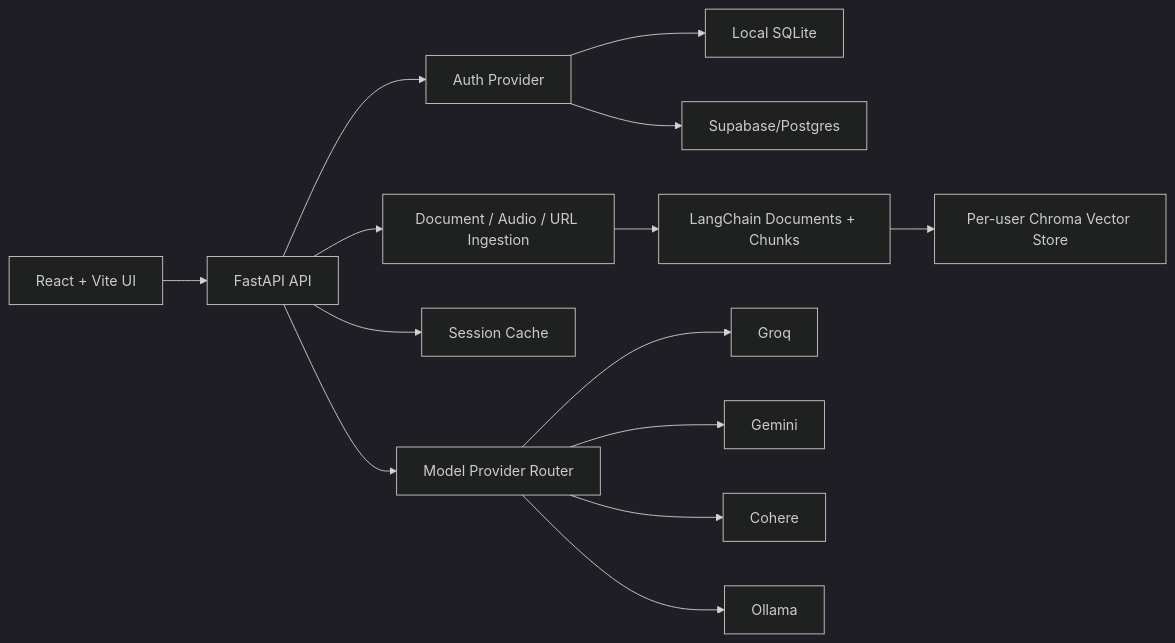
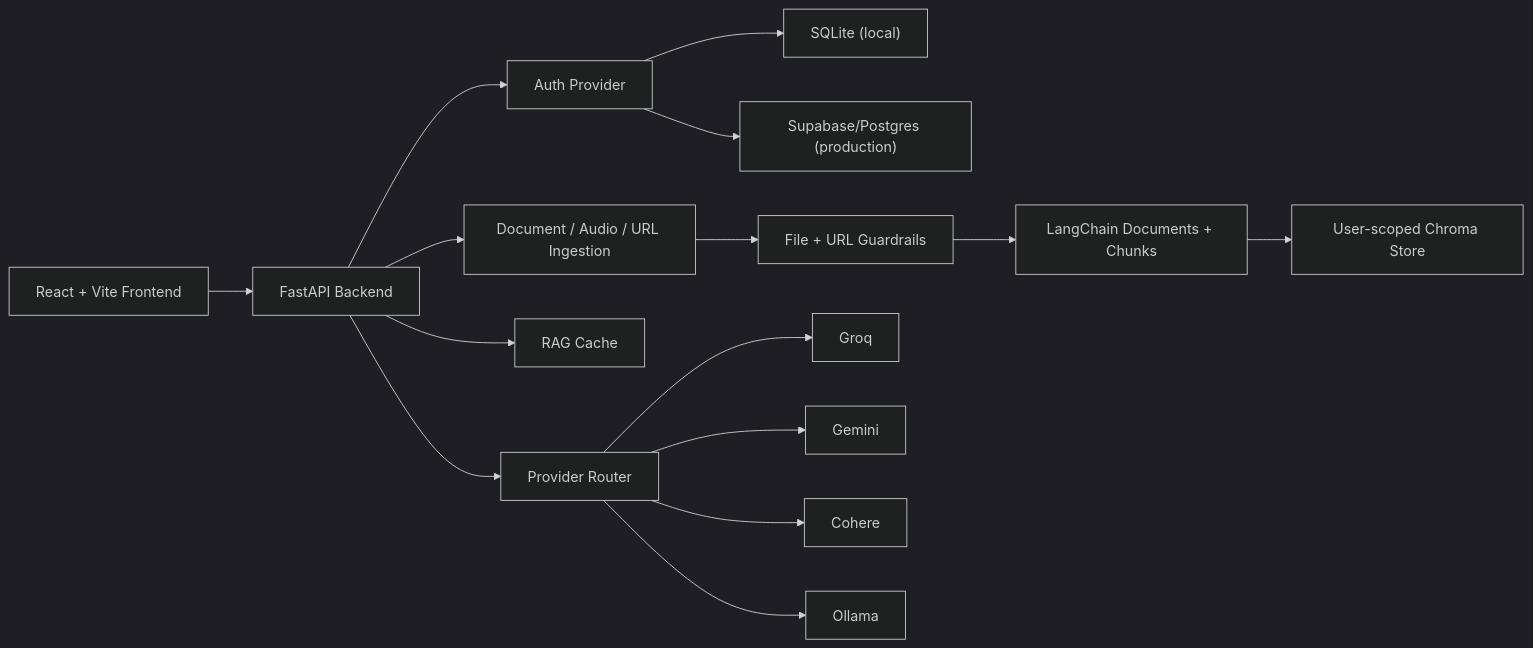
The diagram in README.md (Swatikkar/Ragverse), drawn with Mermaid (dark theme) before and after one commit. The commit also changed other lines of this file and 4 other files, not shown here.

````diff
--- a/README.md
+++ b/README.md
@@ -22,16 +50,17 @@
 ```mermaid
 flowchart LR
-  UI["React + Vite UI"] --> API["FastAPI API"]
+  UI["React + Vite Frontend"] --> API["FastAPI Backend"]
   API --> Auth["Auth Provider"]
-  Auth --> LocalDB["Local SQLite"]
-  Auth --> Supabase["Supabase/Postgres"]
+  Auth --> SQLite["SQLite (local)"]
+  Auth --> Supabase["Supabase/Postgres (production)"]
   API --> Ingestion["Document / Audio / URL Ingestion"]
-  Ingestion --> Chunks["LangChain Documents + Chunks"]
-  Chunks --> Chroma["Per-user Chroma Vector Store"]
-  API --> Cache["Session Cache"]
-  API --> Router["Model Provider Router"]
-  Router --> Groq["Groq"]
-  Router --> Gemini["Gemini"]
-  Router --> Cohere["Cohere"]
-  Router --> Ollama["Ollama"]
+  Ingestion --> Guardrails["File + URL Guardrails"]
+  Guardrails --> Chunks["LangChain Documents + Chunks"]
+  Chunks --> Chroma["User-scoped Chroma Store"]
+  API --> Cache["RAG Cache"]
+  API --> Providers["Provider Router"]
+  Providers --> Groq["Groq"]
+  Providers --> Gemini["Gemini"]
+  Providers --> Cohere["Cohere"]
+  Providers --> Ollama["Ollama"]
 ```
````
